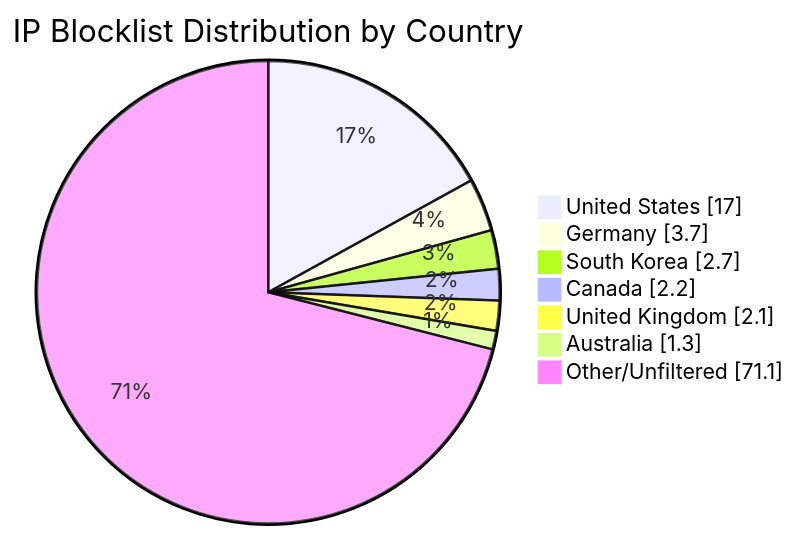
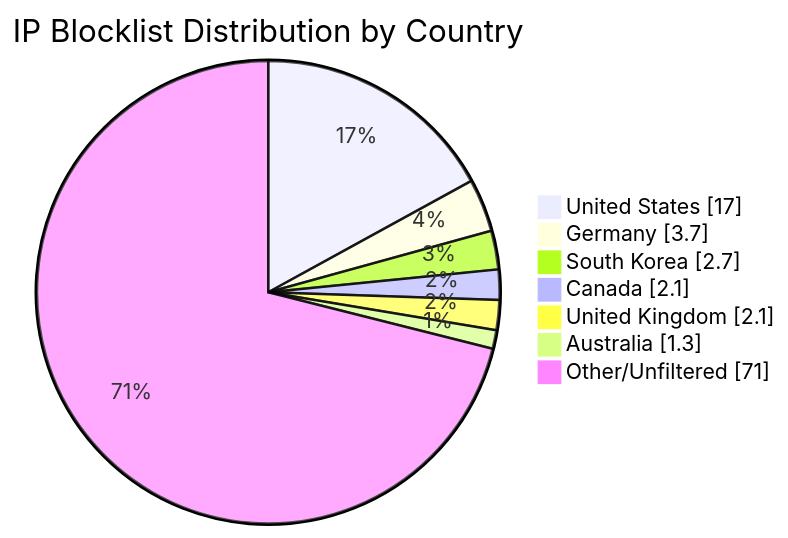
Before and after one commit to MarcusHoltz/ipblocklist-geofiltered-aggregator: the diagram in README.md, drawn with Mermaid. The commit also changed other lines of this file and 9 other files, not shown here.

````diff
--- a/README.md
+++ b/README.md
@@ -34,10 +34,10 @@
 ```mermaid
 pie showData title IP Blocklist Distribution by Country
 "United States" : 17.0
 "Germany" : 3.7
 "South Korea" : 2.7
-"Canada" : 2.2
+"Canada" : 2.1
 "United Kingdom" : 2.1
 "Australia" : 1.3
-"Other/Unfiltered" : 71.1
+"Other/Unfiltered" : 71.0
 ```
````
